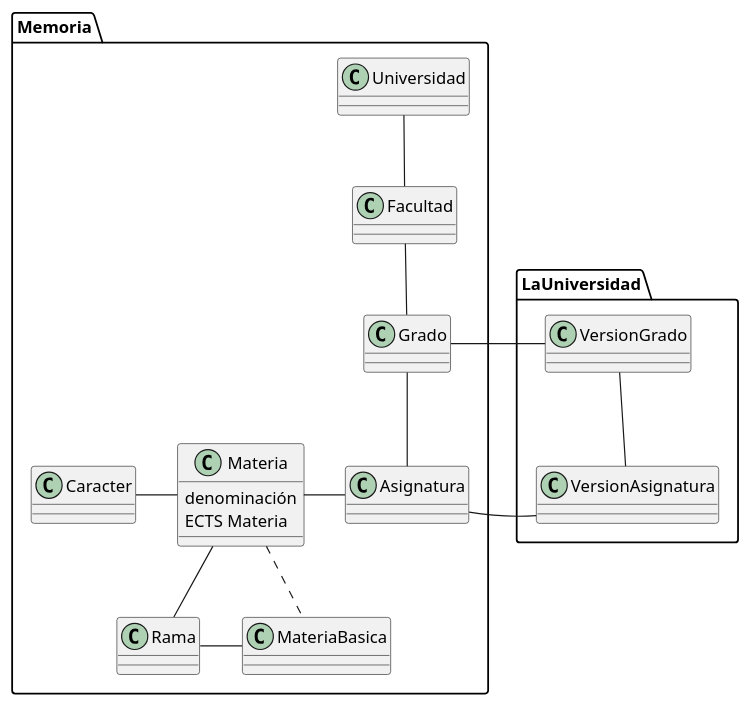
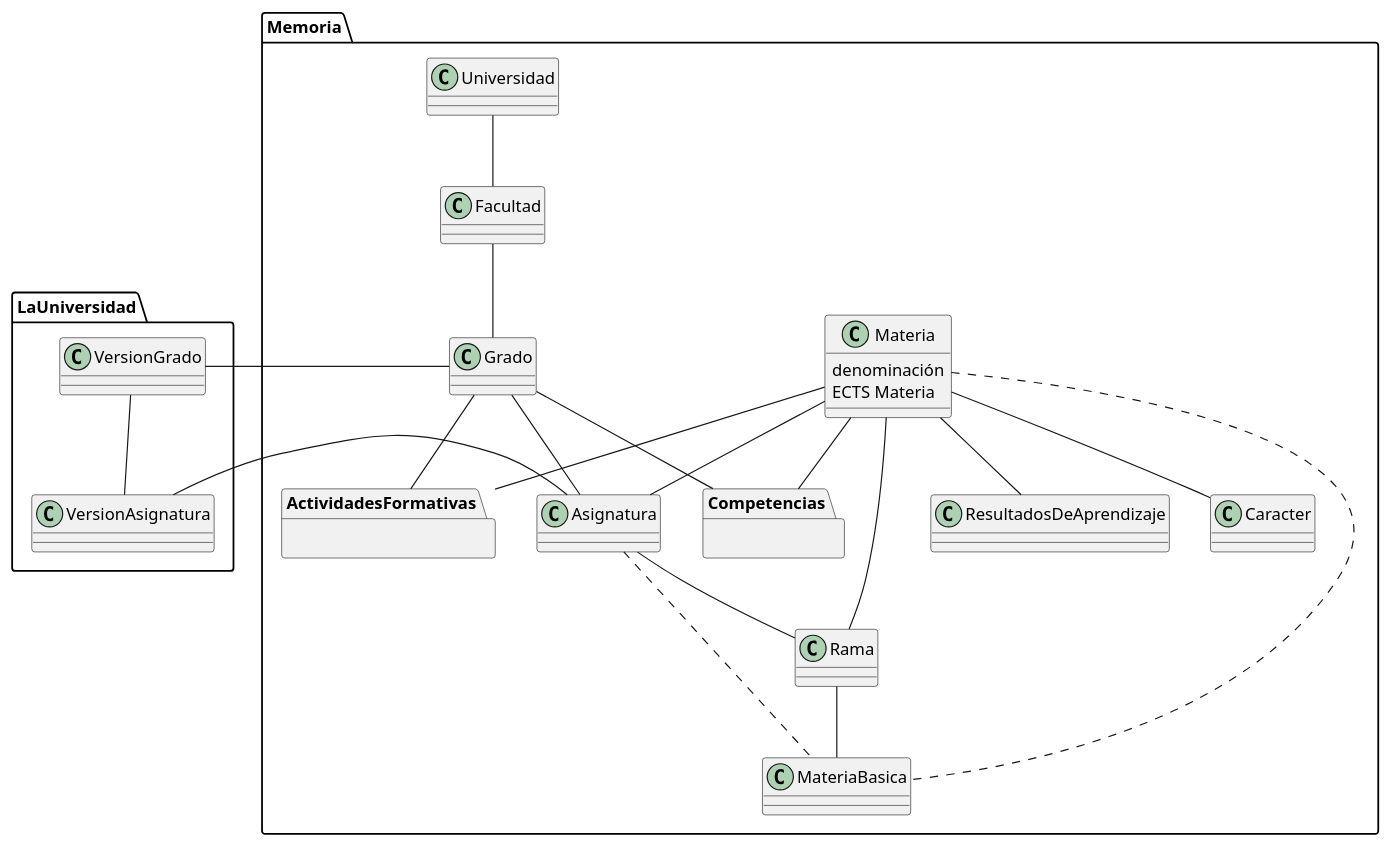
The diagram in puml.source/fU.puml (mmasias/IdSw1-22-23), drawn with PlantUML before and after one commit. The commit also changed other lines of this file and 1 other file, not shown here.

```diff
--- a/puml.source/fU.puml
+++ b/puml.source/fU.puml
@@ -1,29 +1,47 @@
 package Memoria {
 
-    Universidad -d- Facultad
-    Facultad -d- Grado
-    Materia -r- Asignatura
-    Grado -- Asignatura
-
-    Class Materia {
+    class  Materia {
         denominación
         ECTS Materia
     }
 
-    Materia -l- Caracter
+    Universidad -- Facultad
+    Facultad -- Grado
+    Materia -- Asignatura
+    Grado -- Asignatura
+
+    Grado -- Competencias
+    Materia -- Competencias
+
+    Grado -- ActividadesFormativas
+    Materia -- ActividadesFormativas
+
+    Materia -- Caracter
     Materia -- Rama
-    Rama -r- MateriaBasica
+    Rama -- MateriaBasica
     Materia .. MateriaBasica
+    Materia -- ResultadosDeAprendizaje
+
+    package Competencias  {
+'        class CompetenciasGenerales
+'        class CompetenciasEspecificas
+'        class CompetenciasTransversales   
+    }
+
+    package ActividadesFormativas {}
+
+    Asignatura -- Rama
+    Asignatura .. MateriaBasica
 
 }
 
 package LaUniversidad {
 
 class VersionAsignatura
 class VersionGrado
 
-    Grado -r- VersionGrado
-    Asignatura -r- VersionAsignatura
+    Grado -l- VersionGrado
+    Asignatura -l- VersionAsignatura
     VersionGrado -d- VersionAsignatura
 
 }
```
